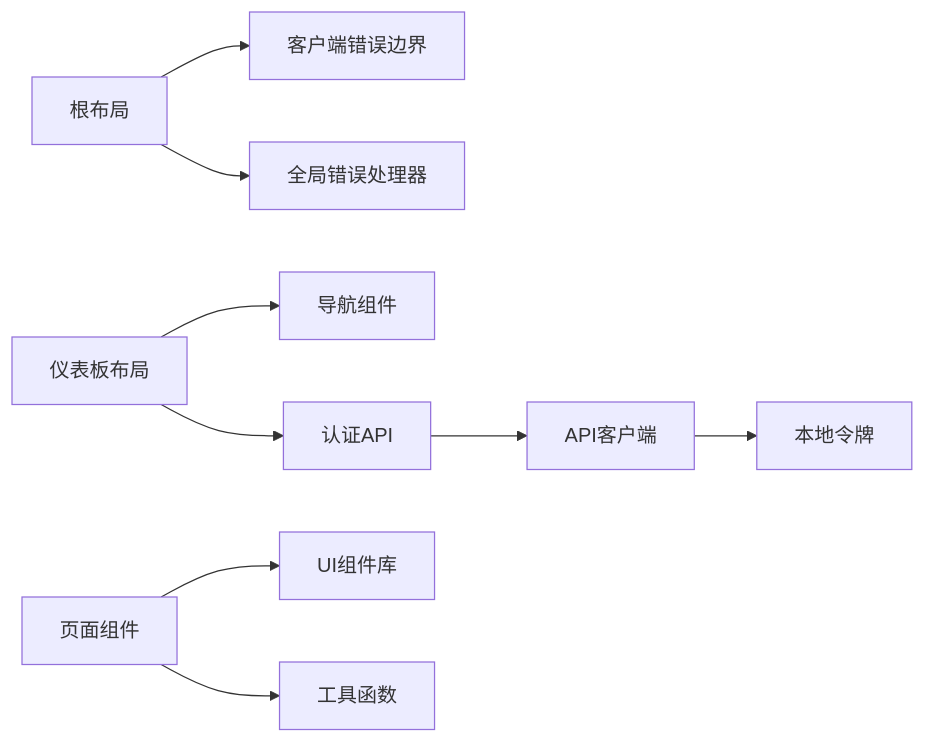
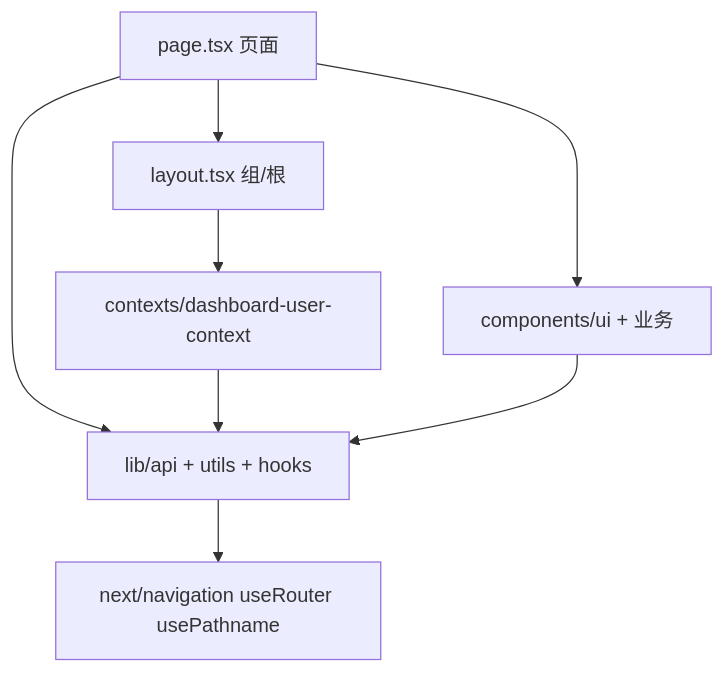
One commit to x01n/dnsplane changed the sixth of 6 diagrams in docs/前端开发指南/Next.js应用结构.md. Above: the diagram before and after it, drawn with Mermaid. The commit also changed other lines of this file and 326 other files, not shown here.

````diff
--- a/docs/前端开发指南/Next.js应用结构.md
+++ b/docs/前端开发指南/Next.js应用结构.md
@@ -248,11 +523,10 @@
 ```mermaid
-graph LR
-LAYOUT["根布局"] --> CLIENT_ERR["客户端错误边界"]
-LAYOUT --> GLOBAL_ERR["全局错误处理器"]
-DASH_LAYOUT["仪表板布局"] --> NAV["导航组件"]
-DASH_LAYOUT --> AUTH_API["认证API"]
-PAGE["页面组件"] --> UI["UI组件库"]
-PAGE --> UTILS["工具函数"]
-AUTH_API --> API_CLIENT["API客户端"]
-API_CLIENT --> TOKEN["本地令牌"]
+graph TD
+  PAGE["page.tsx 页面"] --> LAYOUT["layout.tsx 组/根"]
+  PAGE --> COMPONENTS["components/ui + 业务"]
+  PAGE --> LIB["lib/api + utils + hooks"]
+  LAYOUT --> CONTEXTS["contexts/dashboard-user-context"]
+  CONTEXTS --> LIB
+  COMPONENTS --> LIB
+  LIB --> NAV["next/navigation useRouter usePathname"]
 ```
````
